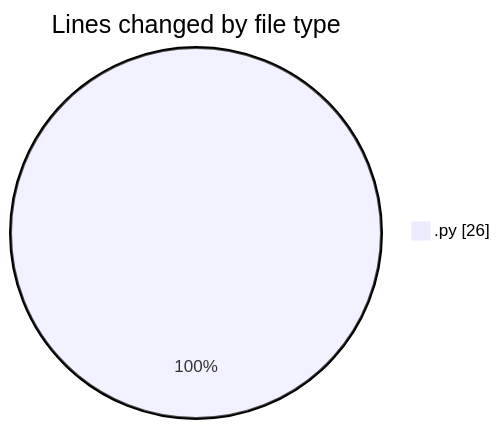
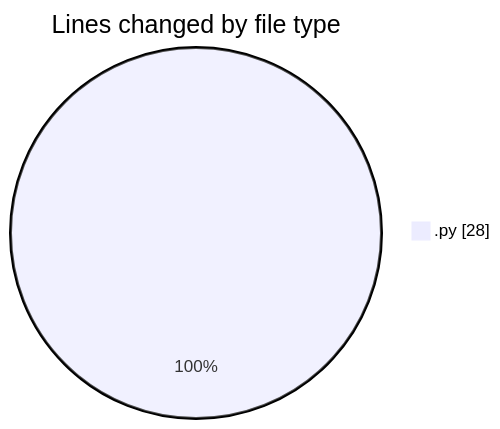
The first of 2 diagrams in 2025-07-04/myws__workspace_/README.md (MatusMokan/code-tracking), drawn with Mermaid before and after one commit. The commit also changed other lines of this file and 1 other file, not shown here.

````diff
--- a/2025-07-04/myws__workspace_/README.md
+++ b/2025-07-04/myws__workspace_/README.md
@@ -20,5 +20,5 @@
 ```mermaid
 pie showData
 title Lines changed by file type
-".py" : 26
+".py" : 28
 ```
````
